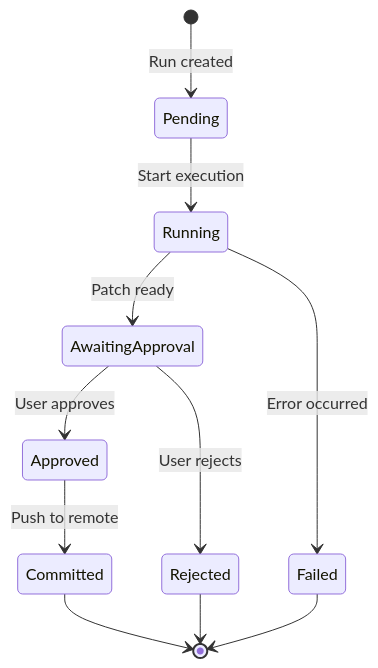
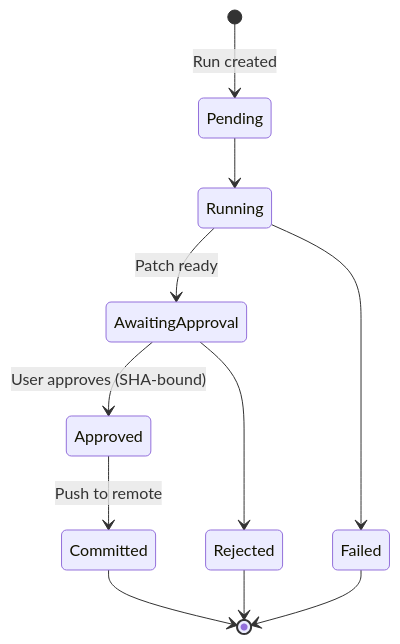
Before and after one commit to intent-solutions-io/iam-git-with-intent: the second of 3 diagrams in README.md, drawn with Mermaid. The commit also changed other lines of this file and 1 other file, not shown here.

````diff
--- a/README.md
+++ b/README.md
@@ -342,14 +96,13 @@
 ```mermaid
 stateDiagram-v2
     [*] --> Pending: Run created
-    Pending --> Running: Start execution
+    Pending --> Running
     Running --> AwaitingApproval: Patch ready
-    AwaitingApproval --> Approved: User approves
-    AwaitingApproval --> Rejected: User rejects
+    AwaitingApproval --> Approved: User approves (SHA-bound)
+    AwaitingApproval --> Rejected
     Approved --> Committed: Push to remote
     Committed --> [*]
     Rejected --> [*]
-
-    Running --> Failed: Error occurred
+    Running --> Failed
     Failed --> [*]
 ```
````
